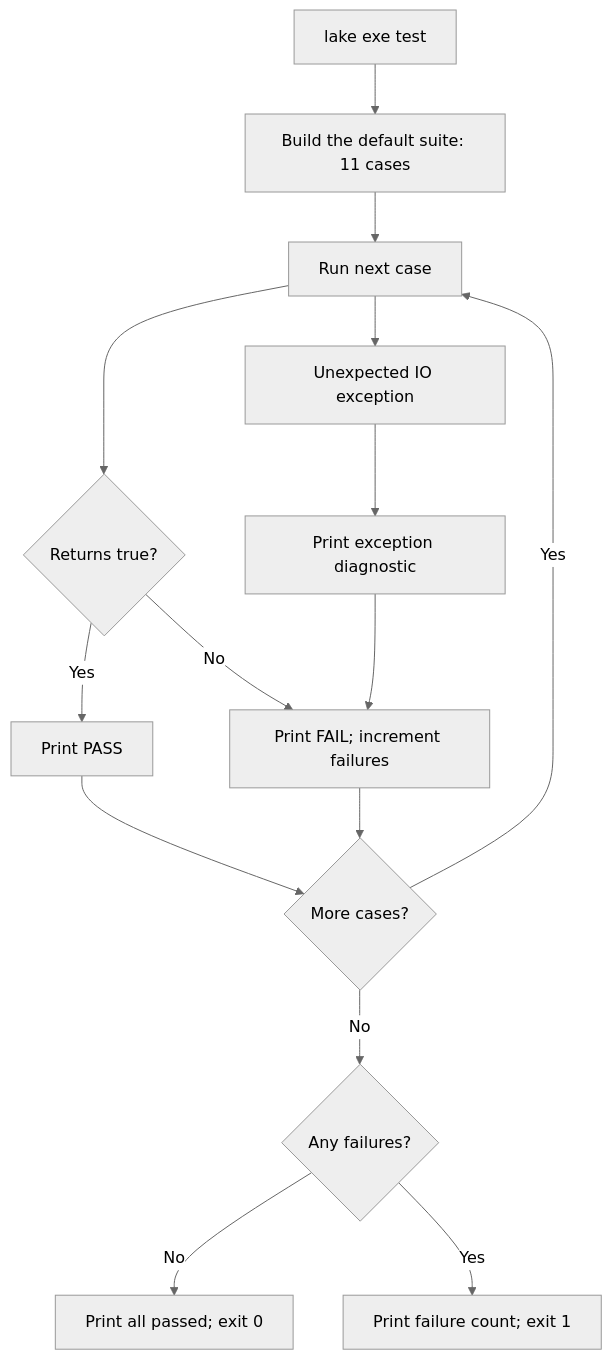
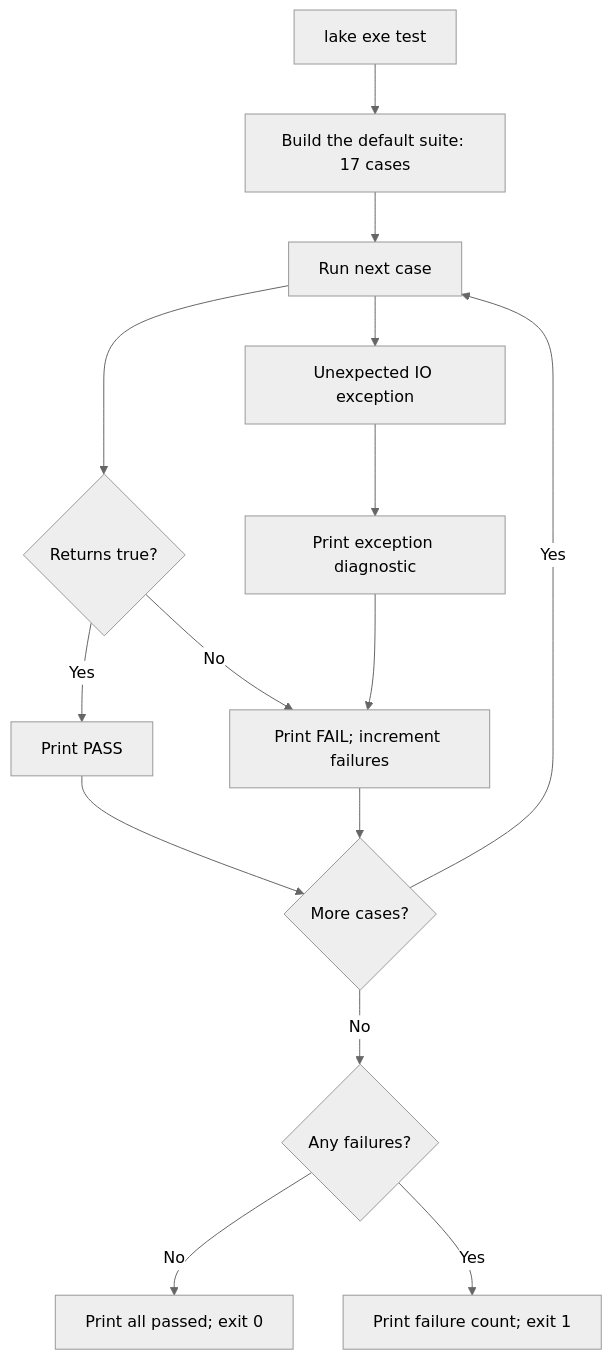
One commit to locusf/blackworm changed the first of 6 diagrams in docs/test-visualization.md. Above: the diagram before and after it, drawn with Mermaid (neutral theme). The commit also changed other lines of this file and 19 other files, not shown here.

````diff
--- a/docs/test-visualization.md
+++ b/docs/test-visualization.md
@@ -14,17 +14,17 @@
 ```mermaid
 flowchart TD
-    START["lake exe test"] --> BUILD["Build the default suite: 11 cases"]
+    START["lake exe test"] --> BUILD["Build the default suite: 17 cases"]
     BUILD --> NEXT["Run next case"]
     NEXT --> RESULT{"Returns true?"}
     NEXT --> EXCEPTION["Unexpected IO exception"]
     EXCEPTION --> DIAG["Print exception diagnostic"]
     DIAG --> FAIL["Print FAIL; increment failures"]
     RESULT -->|Yes| PASS["Print PASS"]
     RESULT -->|No| FAIL
     PASS --> MORE{"More cases?"}
     FAIL --> MORE
     MORE -->|Yes| NEXT
     MORE -->|No| SUMMARY{"Any failures?"}
     SUMMARY -->|No| OK["Print all passed; exit 0"]
     SUMMARY -->|Yes| BAD["Print failure count; exit 1"]
 ```
````
